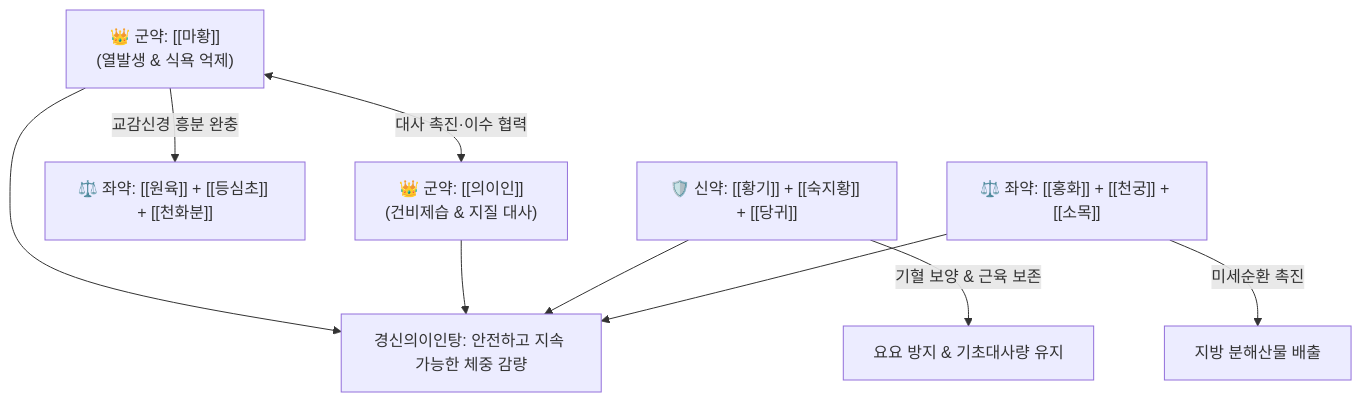
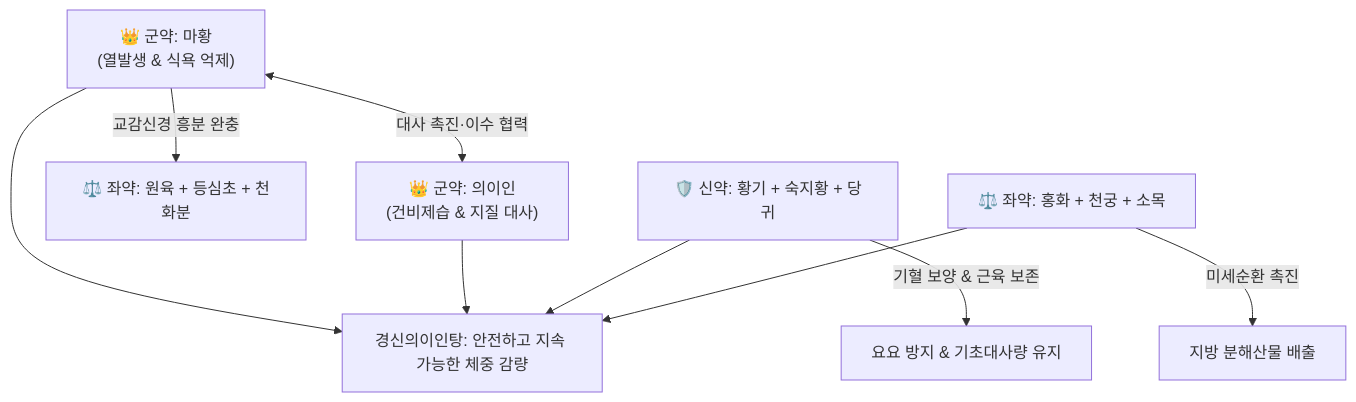
The diagram in content/2. 약리 공부/처방/03_화담·거습·이수제/경신의이인탕.md (simbio11/simbio-digital-garden2), drawn with Mermaid before and after one commit. The commit also changed other lines of this file and 323 other files, not shown here.

````diff
--- a/content/2. 약리 공부/처방/03_화담·거습·이수제/경신의이인탕.md
+++ b/content/2. 약리 공부/처방/03_화담·거습·이수제/경신의이인탕.md
@@ -63,8 +65,8 @@
 ```mermaid
 graph TD
-    MH["👑 군약: [[마황]]<br>(열발생 & 식욕 억제)"] <-->|대사 촉진·이수 협력| UI["👑 군약: [[의이인]]<br>(건비제습 & 지질 대사)"]
-    MH -->|교감신경 흥분 완충| WY["⚖️ 좌약: [[원육]] + [[등심초]] + [[천화분]]"]
-    HQ["🛡️ 신약: [[황기]] + [[숙지황]] + [[당귀]]"] -->|기혈 보양 & 근육 보존| Z["요요 방지 & 기초대사량 유지"]
-    HH["⚖️ 좌약: [[홍화]] + [[천궁]] + [[소목]]"] -->|미세순환 촉진| W["지방 분해산물 배출"]
+    MH["👑 군약: 마황<br>(열발생 & 식욕 억제)"] <-->|대사 촉진·이수 협력| UI["👑 군약: 의이인<br>(건비제습 & 지질 대사)"]
+    MH -->|교감신경 흥분 완충| WY["⚖️ 좌약: 원육 + 등심초 + 천화분"]
+    HQ["🛡️ 신약: 황기 + 숙지황 + 당귀"] -->|기혈 보양 & 근육 보존| Z["요요 방지 & 기초대사량 유지"]
+    HH["⚖️ 좌약: 홍화 + 천궁 + 소목"] -->|미세순환 촉진| W["지방 분해산물 배출"]
     MH & UI & HQ & HH --> Final["경신의이인탕: 안전하고 지속 가능한 체중 감량"]
 ```
````
